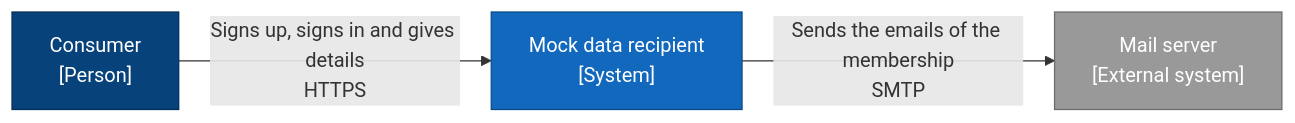
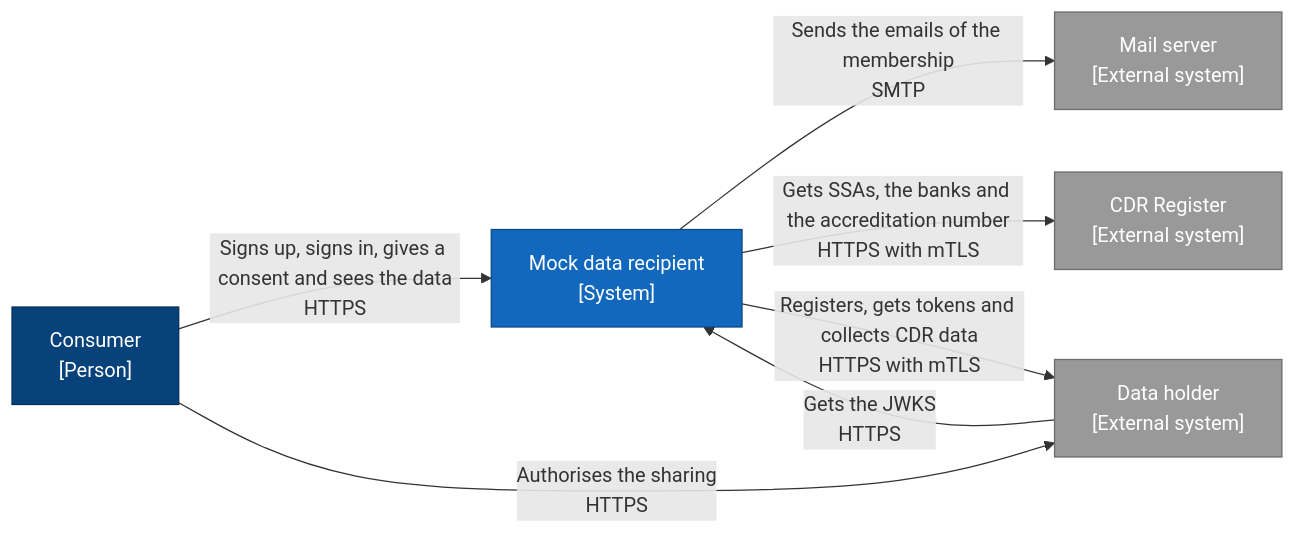
The diagram in services/datarecipient/design/README.md (lukemundy/cdr-lab), drawn with Mermaid before and after one commit. The commit also changed other lines of this file and 18 other files, not shown here.

````diff
--- a/services/datarecipient/design/README.md
+++ b/services/datarecipient/design/README.md
@@ -7,16 +7,22 @@
 ```mermaid
 flowchart LR
   consumer["Consumer<br>[Person]"]
   recipient["Mock data recipient<br>[System]"]
   mail["Mail server<br>[External system]"]
+  register["CDR Register<br>[External system]"]
+  holder["Data holder<br>[External system]"]
 
-  consumer -- "Signs up, signs in and gives details<br>HTTPS" --> recipient
+  consumer -- "Signs up, signs in, gives a consent and sees the data<br>HTTPS" --> recipient
+  consumer -- "Authorises the sharing<br>HTTPS" --> holder
   recipient -- "Sends the emails of the membership<br>SMTP" --> mail
+  recipient -- "Gets SSAs, the banks and the accreditation number<br>HTTPS with mTLS" --> register
+  recipient -- "Registers, gets tokens and collects CDR data<br>HTTPS with mTLS" --> holder
+  holder -- "Gets the JWKS<br>HTTPS" --> recipient
 
   classDef person fill:#08427b,color:#fff,stroke:#052e56
   classDef system fill:#1168bd,color:#fff,stroke:#0b4884
   classDef external fill:#999,color:#fff,stroke:#6b6b6b
   class consumer person
   class recipient system
-  class mail external
+  class mail,register,holder external
 ```
````
